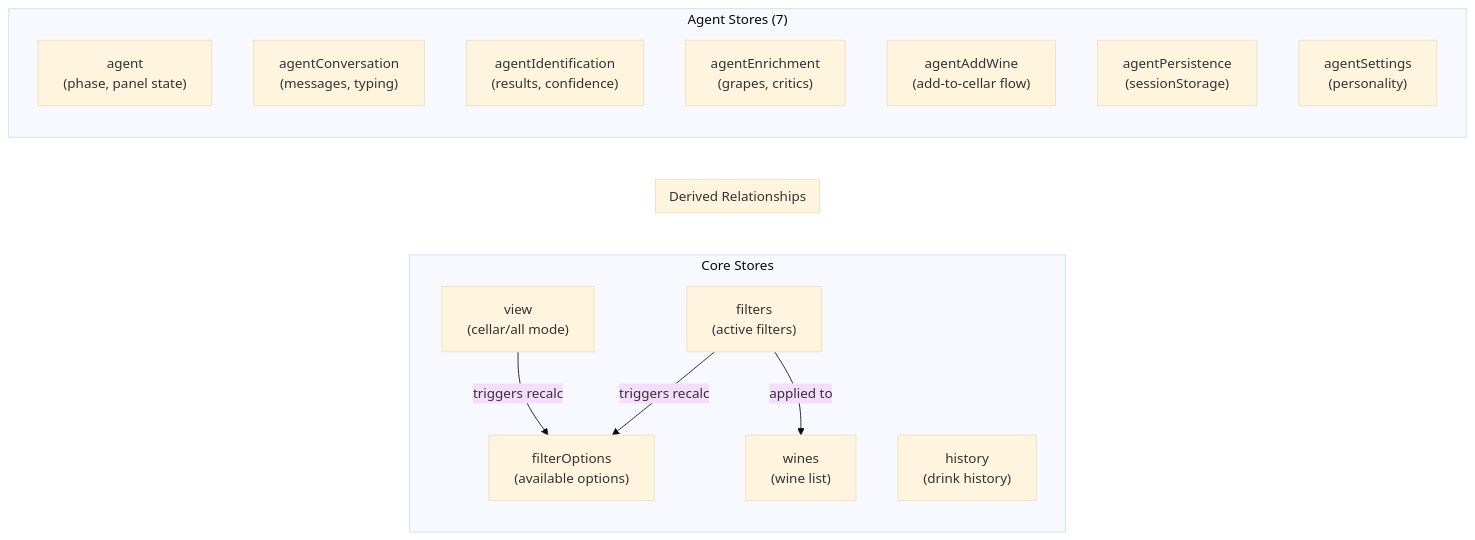
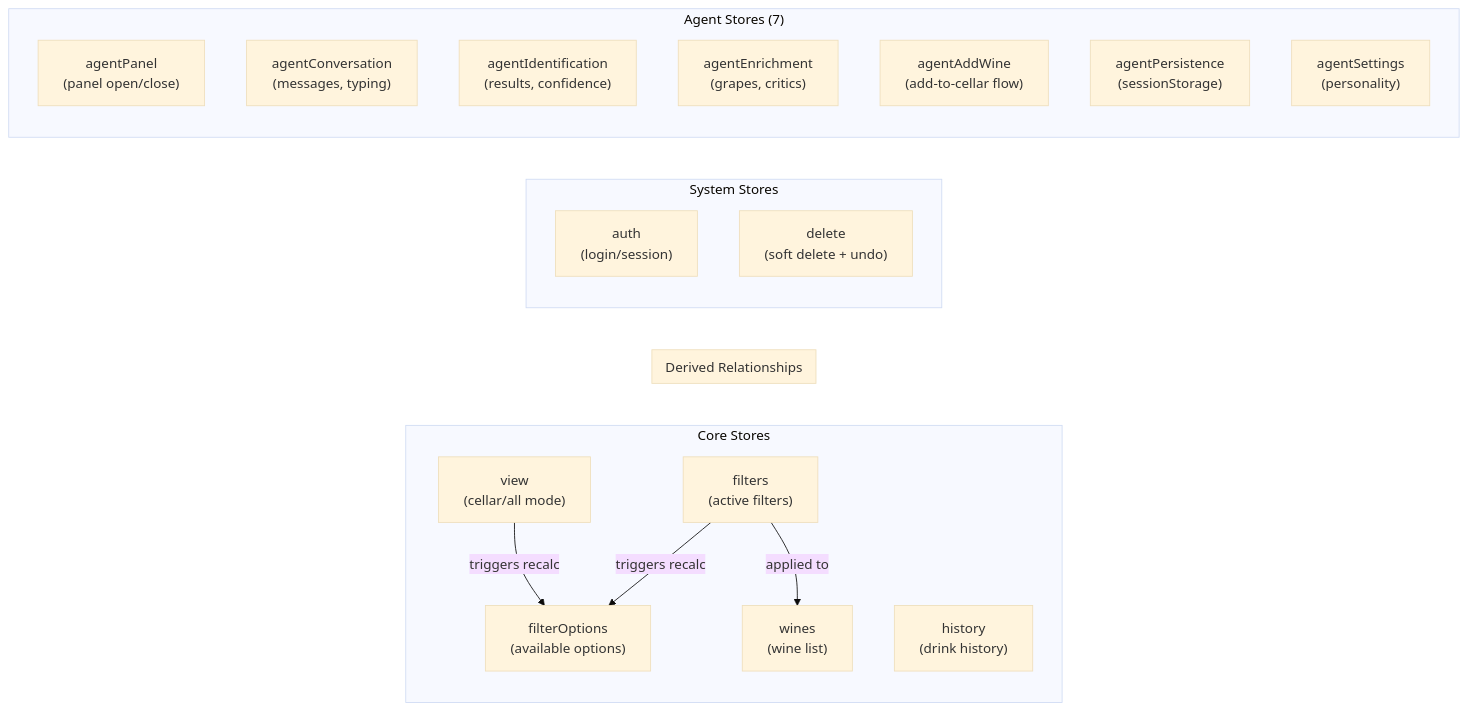
One commit to philhumber/wineApp changed the second of 8 diagrams in docs/ARCHITECTURE.md. Above: the diagram before and after it, drawn with Mermaid (base theme). The commit also changed other lines of this file and 12 other files, not shown here.

````diff
--- a/docs/ARCHITECTURE.md
+++ b/docs/ARCHITECTURE.md
@@ -147,26 +153,31 @@
 ```mermaid
 graph LR
     subgraph Core["Core Stores"]
         wines["wines<br/>(wine list)"]
         filters["filters<br/>(active filters)"]
         filterOpts["filterOptions<br/>(available options)"]
         view["view<br/>(cellar/all mode)"]
         history["history<br/>(drink history)"]
     end
 
     subgraph Derived["Derived Relationships"]
         view -->|triggers recalc| filterOpts
         filters -->|triggers recalc| filterOpts
         filters -->|applied to| wines
     end
 
+    subgraph System["System Stores"]
+        auth["auth<br/>(login/session)"]
+        deleteStore["delete<br/>(soft delete + undo)"]
+    end
+
     subgraph Agent["Agent Stores (7)"]
-        agentCore["agent<br/>(phase, panel state)"]
+        agentPanel["agentPanel<br/>(panel open/close)"]
         agentConv["agentConversation<br/>(messages, typing)"]
         agentId["agentIdentification<br/>(results, confidence)"]
         agentEnrich["agentEnrichment<br/>(grapes, critics)"]
         agentAdd["agentAddWine<br/>(add-to-cellar flow)"]
         agentPersist["agentPersistence<br/>(sessionStorage)"]
         agentSettings["agentSettings<br/>(personality)"]
     end
 ```
````
